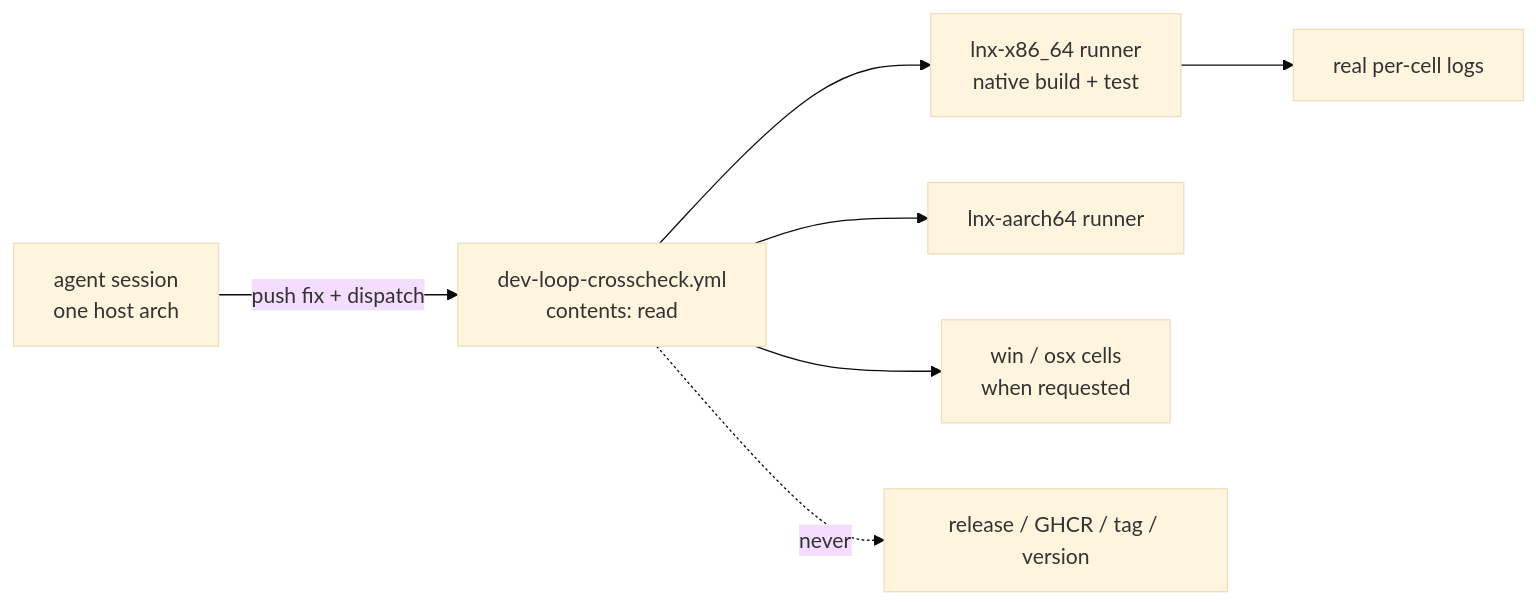
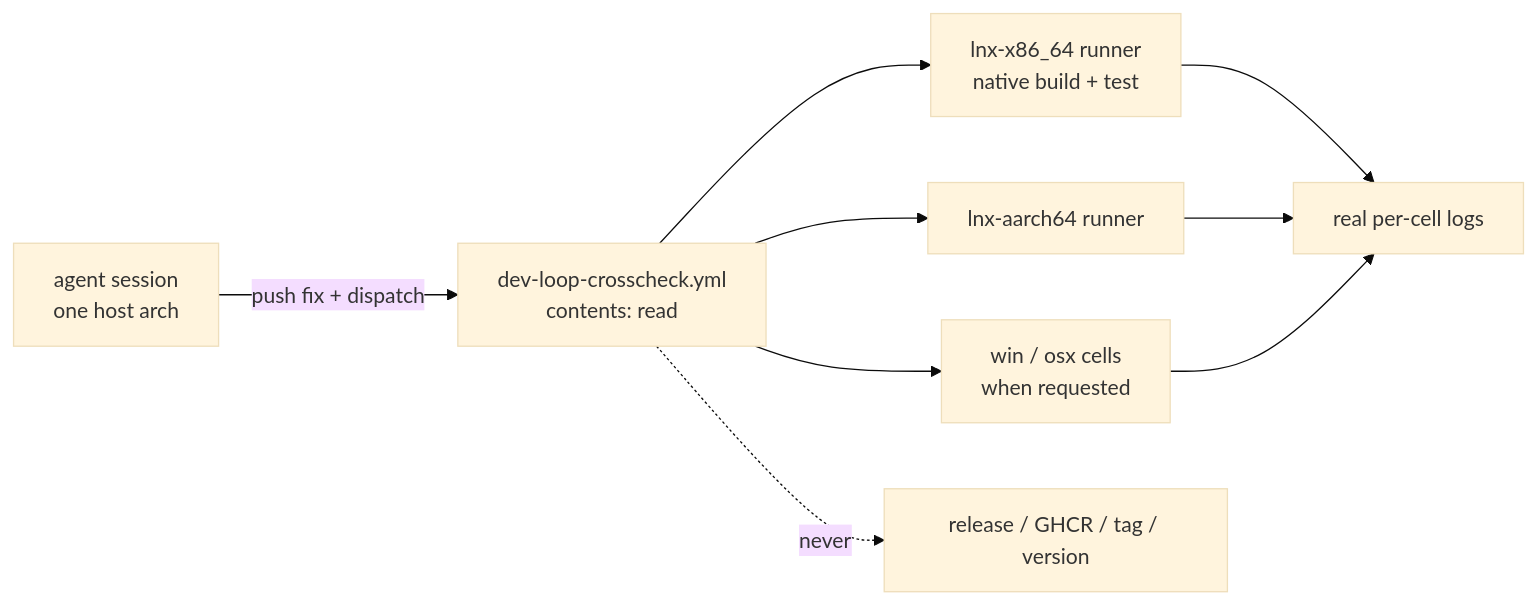
Before and after one commit to partnernetsoftware/minicon: the diagram in prd/PRD_02_32_dev_loop_crosscheck.md, drawn with Mermaid (base theme). The commit also changed other lines of this file and 42 other files, not shown here.

````diff
--- a/prd/PRD_02_32_dev_loop_crosscheck.md
+++ b/prd/PRD_02_32_dev_loop_crosscheck.md
@@ -24,9 +26,10 @@
 ```mermaid
 flowchart LR
     A["agent session<br/>one host arch"] -->|push fix + dispatch| W["dev-loop-crosscheck.yml<br/>contents: read"]
     W --> C1["lnx-x86_64 runner<br/>native build + test"]
     W --> C2["lnx-aarch64 runner"]
     W --> C3["win / osx cells<br/>when requested"]
     C1 --> L["real per-cell logs"]
+    C2 & C3 --> L
     W -. never .-> R["release / GHCR / tag / version"]
 ```
````
